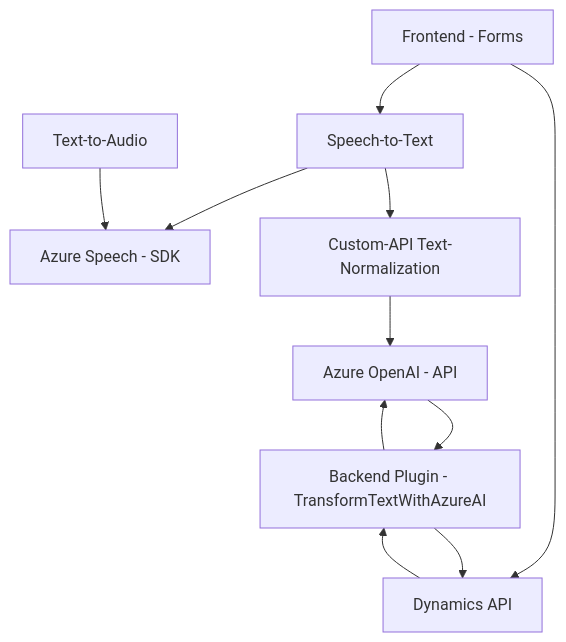
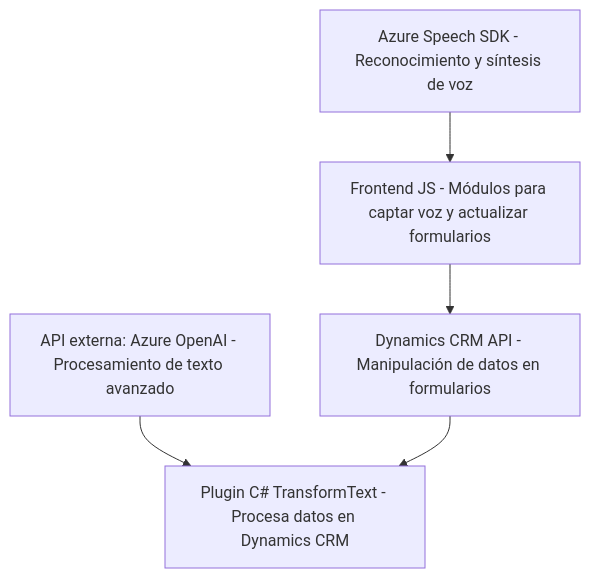
The diagram in README.md (blopezdm/NETCORE_BILBAO2025), drawn with Mermaid before and after one commit. The commit also changed other lines of this file, not shown here.

Commit message:
Actualizar análisis global de la solución con IA

````diff
--- a/README.md
+++ b/README.md
@@ -52,22 +44,13 @@
 ```mermaid
 graph TD
-    A["Frontend - Forms"]
-    B["Azure Speech - SDK"]
-    C["Dynamics API"]
-    D["Backend Plugin - TransformTextWithAzureAI"]
-    E["Azure OpenAI - API"]
-    F["Speech-to-Text"]
-    G["Text-to-Audio"]
-    H["Custom-API Text-Normalization"]
-
-    A --> F
-    F --> B
-    F --> H
-    G --> B
-    H --> E
-    A --> C
-    C --> D
-    D --> E
-    E --> D
-    D --> C
+  A["Azure Speech SDK - Reconocimiento y síntesis de voz"]
+  B["Frontend JS - Módulos para captar voz y actualizar formularios"]
+  C["API externa: Azure OpenAI - Procesamiento de texto avanzado"]
+  D["Dynamics CRM API - Manipulación de datos en formularios"]
+  E["Plugin C# TransformText - Procesa datos en Dynamics CRM"]
+  
+  A --> B
+  B --> D
+  C --> E
+  D --> E
 ```
````
